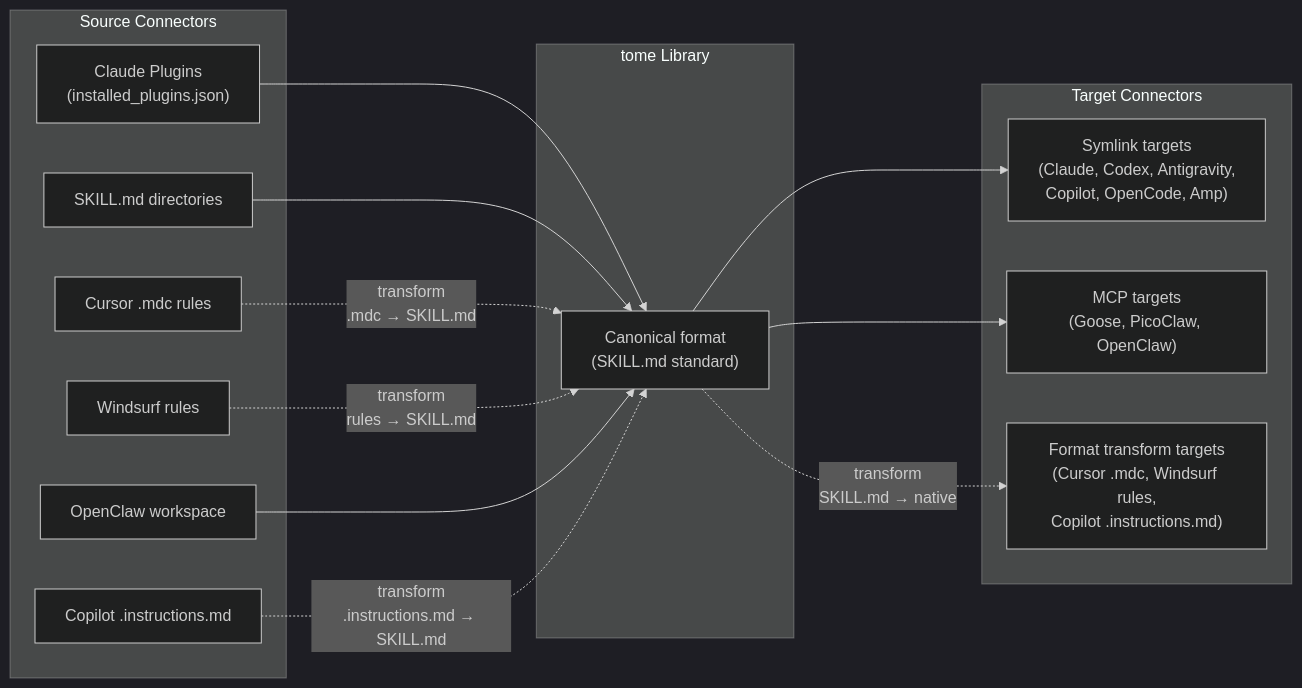
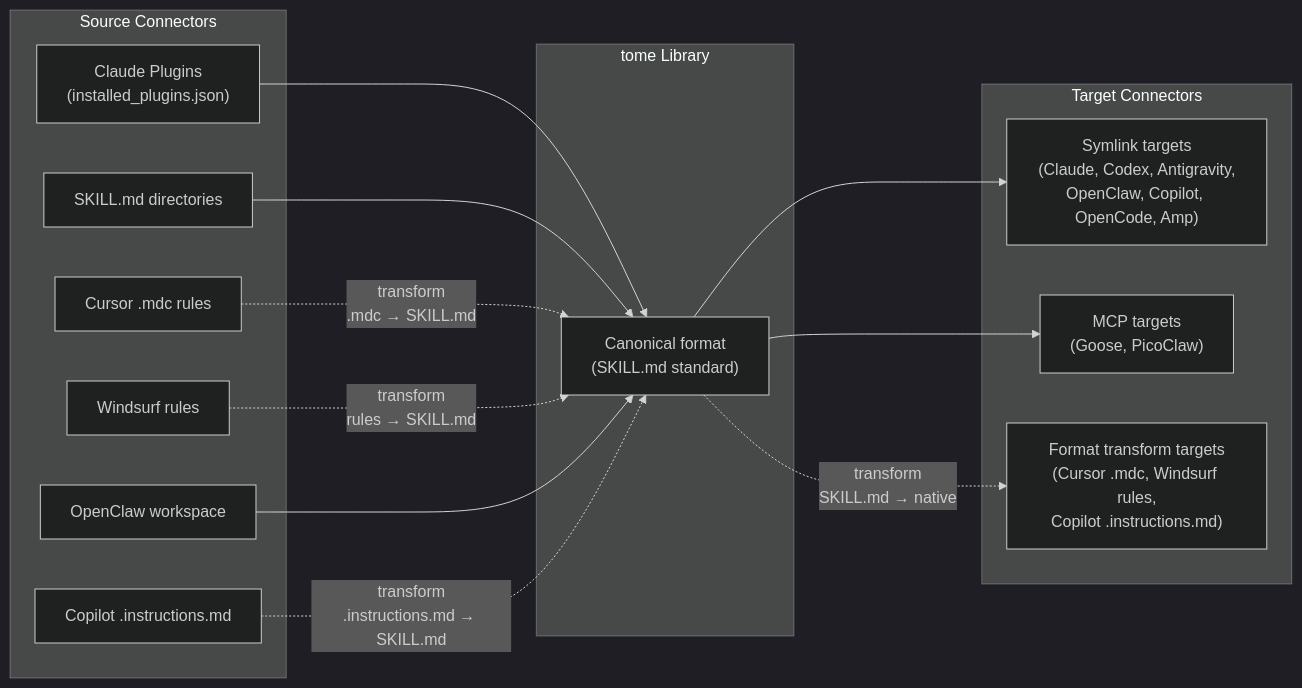
Before and after one commit to MartinP7r/tome: the third of 3 diagrams in docs/src/tool-landscape.md, drawn with Mermaid (dark theme). The commit also changed other lines of this file and 5 other files, not shown here.

````diff
--- a/docs/src/tool-landscape.md
+++ b/docs/src/tool-landscape.md
@@ -1231,32 +1231,32 @@
 ```mermaid
 graph LR
     subgraph "Source Connectors"
         S1["Claude Plugins<br/>(installed_plugins.json)"]
         S2["SKILL.md directories"]
         S3["Cursor .mdc rules"]
         S4["Windsurf rules"]
         S5["OpenClaw workspace"]
         S6["Copilot .instructions.md"]
     end
 
     subgraph "tome Library"
         L["Canonical format<br/>(SKILL.md standard)"]
     end
 
     subgraph "Target Connectors"
-        T1["Symlink targets<br/>(Claude, Codex, Antigravity,<br/>Copilot, OpenCode, Amp)"]
-        T2["MCP targets<br/>(Goose, PicoClaw, OpenClaw)"]
+        T1["Symlink targets<br/>(Claude, Codex, Antigravity,<br/>OpenClaw, Copilot, OpenCode, Amp)"]
+        T2["MCP targets<br/>(Goose, PicoClaw)"]
         T3["Format transform targets<br/>(Cursor .mdc, Windsurf rules,<br/>Copilot .instructions.md)"]
     end
 
     S1 --> L
     S2 --> L
     S3 -. "transform<br/>.mdc → SKILL.md" .-> L
     S4 -. "transform<br/>rules → SKILL.md" .-> L
     S5 --> L
     S6 -. "transform<br/>.instructions.md → SKILL.md" .-> L
 
     L --> T1
     L --> T2
     L -. "transform<br/>SKILL.md → native" .-> T3
 ```
````
